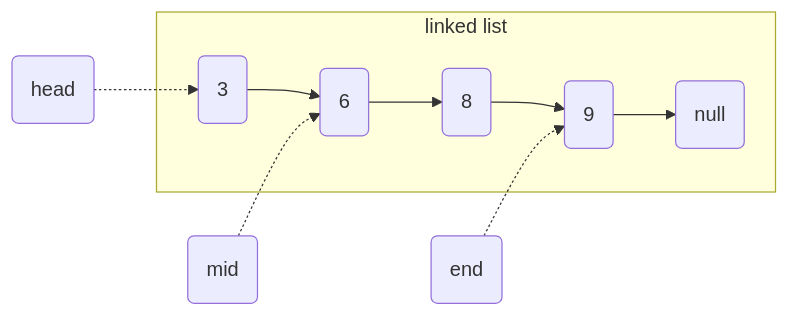
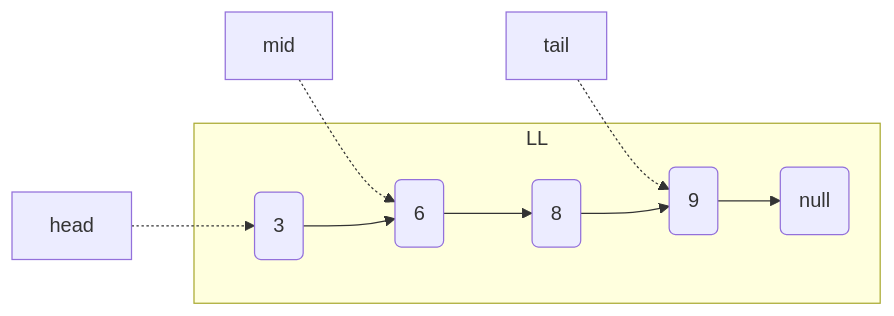
One commit to brpandey/leetcode-notes changed the first of 2 diagrams in linkedlist.md. Above: the diagram before and after it, drawn with Mermaid. The commit also changed other lines of this file, not shown here.

````diff
--- a/linkedlist.md
+++ b/linkedlist.md
@@ -10,13 +10,13 @@
 ```mermaid
 flowchart LR
-    id0(head) -.-> id1
-    subgraph linked list
+    head -.-> id1
+    mid -.-> id2
+    tail -.-> id4
+    subgraph LL
       id1(3) --> id2
       id2(6) --> id3
       id3(8) --> id4
       id4(9) --> id5
       id5(null)
     end
-    id6(mid) -.-> id2
-    id7(end) -.-> id4
 ```
````
